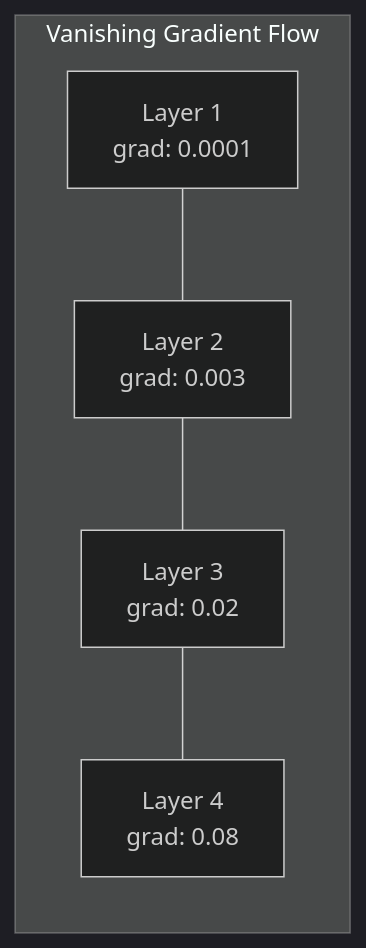
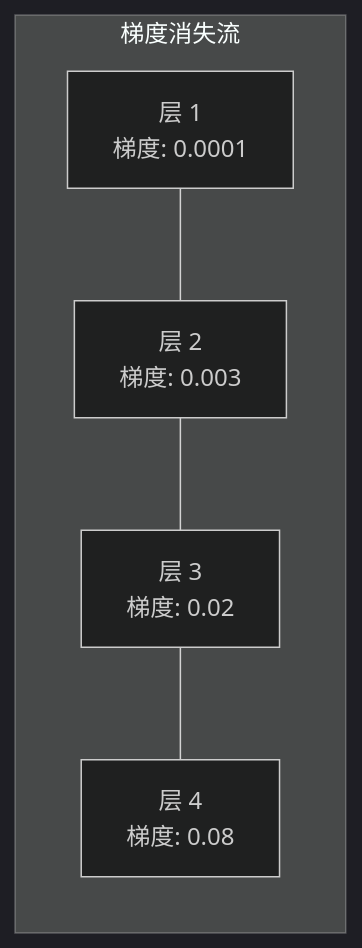
One commit to guangningsun/ailearning changed the fourth of 5 diagrams in lessons/03-deep-learning-core/13-debugging-neural-networks/docs/zh.md. Above: the diagram before and after it, drawn with Mermaid (dark theme). The commit also changed other lines of this file and 13 other files, not shown here.

````diff
--- a/lessons/03-deep-learning-core/13-debugging-neural-networks/docs/zh.md
+++ b/lessons/03-deep-learning-core/13-debugging-neural-networks/docs/zh.md
@@ -140,6 +140,6 @@
 ```mermaid
 graph LR
-    subgraph "Vanishing Gradient Flow"
-        V1["Layer 1<br/>grad: 0.0001"] --- V2["Layer 2<br/>grad: 0.003"] --- V3["Layer 3<br/>grad: 0.02"] --- V4["Layer 4<br/>grad: 0.08"]
+    subgraph "梯度消失流"
+        V1["层 1<br/>梯度: 0.0001"] --- V2["层 2<br/>梯度: 0.003"] --- V3["层 3<br/>梯度: 0.02"] --- V4["层 4<br/>梯度: 0.08"]
     end
 ```
````
